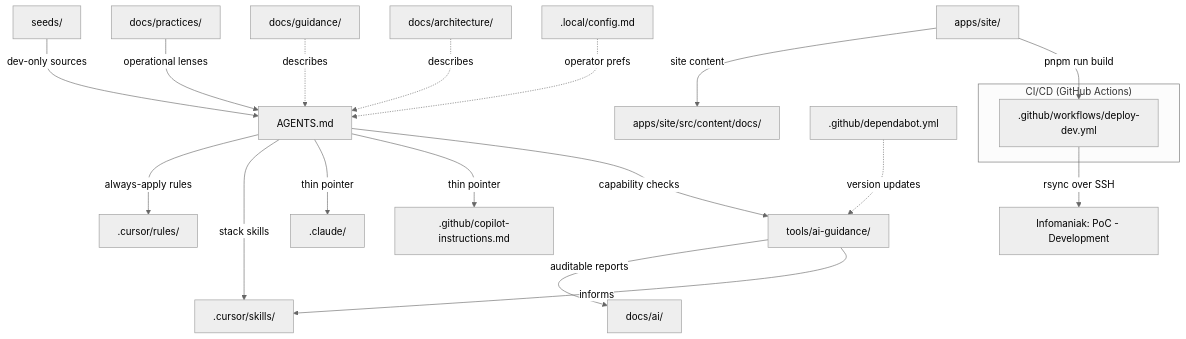
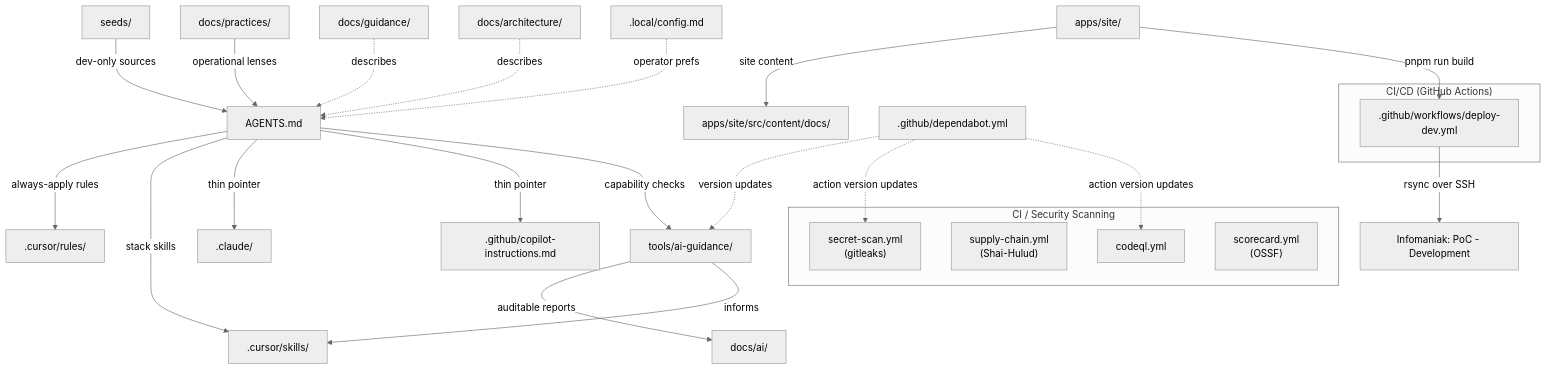
The diagram in docs/architecture/workspace.md (Mikeys-Tech-Lab/poc), drawn with Mermaid (neutral theme) before and after one commit. The commit also changed other lines of this file and 7 other files, not shown here.

First line of the commit message:
feat(infra): add CI security scanning and dependency update routine (#5)

````diff
--- a/docs/architecture/workspace.md
+++ b/docs/architecture/workspace.md
@@ -23,29 +23,38 @@
 ```mermaid
 flowchart TD
   Seeds[seeds/] -->|"dev-only sources"| Agents[AGENTS.md]
   Practices["docs/practices/"] -->|"operational lenses"| Agents
 
   Agents -->|"always-apply rules"| CursorRules[.cursor/rules/]
   Agents -->|"stack skills"| CursorSkills[.cursor/skills/]
   Agents -->|"thin pointer"| Claude[.claude/]
   Agents -->|"thin pointer"| Copilot[.github/copilot-instructions.md]
 
   Agents -->|"capability checks"| Tooling[tools/ai-guidance/]
   Tooling -->|"auditable reports"| DocsAI[docs/ai/]
   Tooling -->|"informs"| CursorSkills
 
   Guidance[docs/guidance/] -.->|"describes"| Agents
   Architecture[docs/architecture/] -.->|"describes"| Agents
 
   LocalConfig[".local/config.md"] -.->|"operator prefs"| Agents
   Dependabot[".github/dependabot.yml"] -.->|"version updates"| Tooling
 
   AstroSite[apps/site/] -->|"site content"| SiteDocs["apps/site/src/content/docs/"]
 
   subgraph "CI/CD (GitHub Actions)"
     DeployDev[".github/workflows/deploy-dev.yml"]
   end
 
+  subgraph "CI / Security Scanning"
+    SecretScan["secret-scan.yml\n(gitleaks)"]
+    SupplyChain["supply-chain.yml\n(Shai-Hulud)"]
+    CodeQL["codeql.yml"]
+    ScoreCard["scorecard.yml\n(OSSF)"]
+  end
+
   AstroSite -->|"pnpm run build"| DeployDev
   DeployDev -->|"rsync over SSH"| InfomaniakDev["Infomaniak: PoC - Development"]
+  Dependabot -.->|"action version updates"| SecretScan
+  Dependabot -.->|"action version updates"| CodeQL
 ```
````
